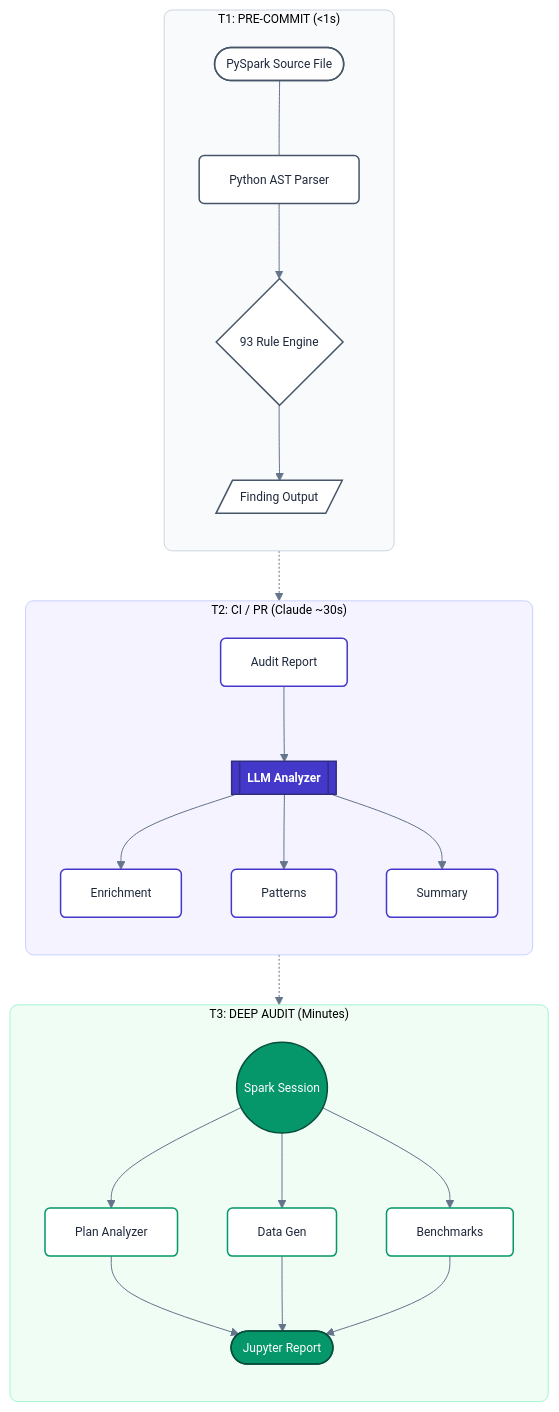
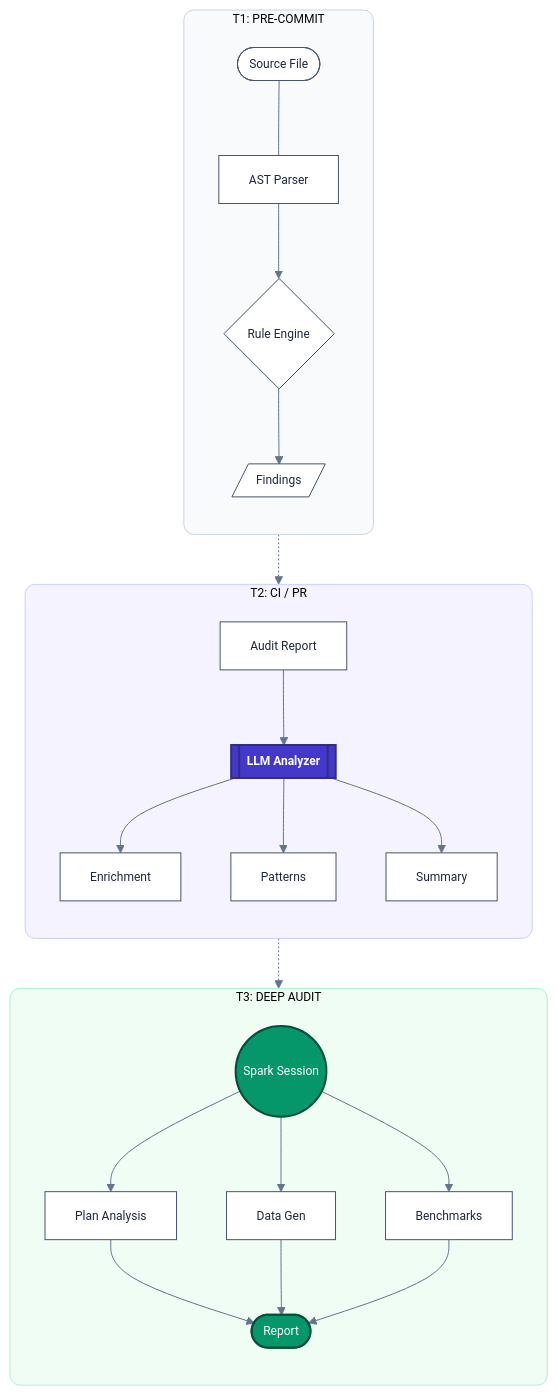
The diagram in README.md (sunilpradhansharma/spark-perf-lint), drawn with Mermaid before and after one commit.

Commit message:
updated Architecture diagram

````diff
--- a/README.md
+++ b/README.md
@@ -175,65 +175,56 @@
 ```mermaid
 %%{init: {
   'theme': 'base',
   'themeVariables': {
     'primaryColor': '#ffffff',
     'primaryTextColor': '#1e293b',
-    'primaryBorderColor': '#94a3b8',
     'lineColor': '#64748b',
-    'secondaryColor': '#f8fafc',
-    'tertiaryColor': '#ffffff',
-    'fontFamily': 'Segoe UI, Roboto, sans-serif',
+    'fontFamily': 'arial',
     'fontSize': '12px'
   }
 }}%%
 
 graph TD
     %% TIER 1
-    subgraph T1 ["T1: PRE-COMMIT (<1s)"]
+    subgraph T1 [T1: PRE-COMMIT]
         direction TB
-        A([PySpark Source File]) --- B[Python AST Parser]
-        B --> C{93 Rule Engine}
-        C --> D[/Finding Output/]
+        A([Source File]) --- B[AST Parser]
+        B --> C{Rule Engine}
+        C --> D[/Findings/]
     end
 
     %% TIER 2
-    subgraph T2 ["T2: CI / PR (Claude ~30s)"]
+    subgraph T2 [T2: CI / PR]
         direction TB
         E[Audit Report] --> F[[<b>LLM Analyzer</b>]]
         F --> G[Enrichment]
         F --> H[Patterns]
         F --> I[Summary]
     end
 
     %% TIER 3
-    subgraph T3 ["T3: DEEP AUDIT (Minutes)"]
+    subgraph T3 [T3: DEEP AUDIT]
         direction TB
         J((Spark Session))
-        J --> K[Plan Analyzer]
+        J --> K[Plan Analysis]
         J --> L[Data Gen]
         J --> M[Benchmarks]
-        K & L & M --> N([Jupyter Report])
+        K & L & M --> N([Report])
     end
 
-    %% FORCED VERTICAL ALIGNMENT (The Fix)
+    %% CONNECTIONS
     D -.-> E
     I -.-> J
 
     %% STYLING
-    style T1 fill:#f8fafc,stroke:#cbd5e1,stroke-width:1px,rx:8
-    style T2 fill:#f5f3ff,stroke:#c7d2fe,stroke-width:1px,rx:8
-    style T3 fill:#f0fdf4,stroke:#a7f3d0,stroke-width:1px,rx:8
+    style T1 fill:#f8fafc,stroke:#cbd5e1,rx:10
+    style T2 fill:#f5f3ff,stroke:#c7d2fe,rx:10
+    style T3 fill:#f0fdf4,stroke:#a7f3d0,rx:10
 
-    %% Optimized Classes
-    classDef t1Node fill:#ffffff,stroke:#475569,stroke-width:1.5px,color:#1e293b,rx:5
-    classDef t2Node fill:#ffffff,stroke:#4338ca,stroke-width:1.5px,color:#1e293b,rx:5
-    classDef t2Focus fill:#4338ca,stroke:#312e81,stroke-width:1.5px,color:#ffffff,rx:5
-    classDef t3Node fill:#ffffff,stroke:#059669,stroke-width:1.5px,color:#1e293b,rx:5
-    classDef t3Focus fill:#059669,stroke:#064e3b,stroke-width:1.5px,color:#ffffff,rx:5
-
-    class A,B,C,D t1Node
-    class E,G,H,I t2Node
-    class F t2Focus
-    class K,L,M t3Node
-    class J,N t3Focus
+    classDef default fill:#ffffff,stroke:#475569,stroke-width:1px,color:#1e293b;
+    classDef focus fill:#4338ca,stroke:#312e81,stroke-width:2px,color:#ffffff;
+    classDef spark fill:#059669,stroke:#064e3b,stroke-width:2px,color:#ffffff;
+    
+    class F focus;
+    class J,N spark;
 ```
````
